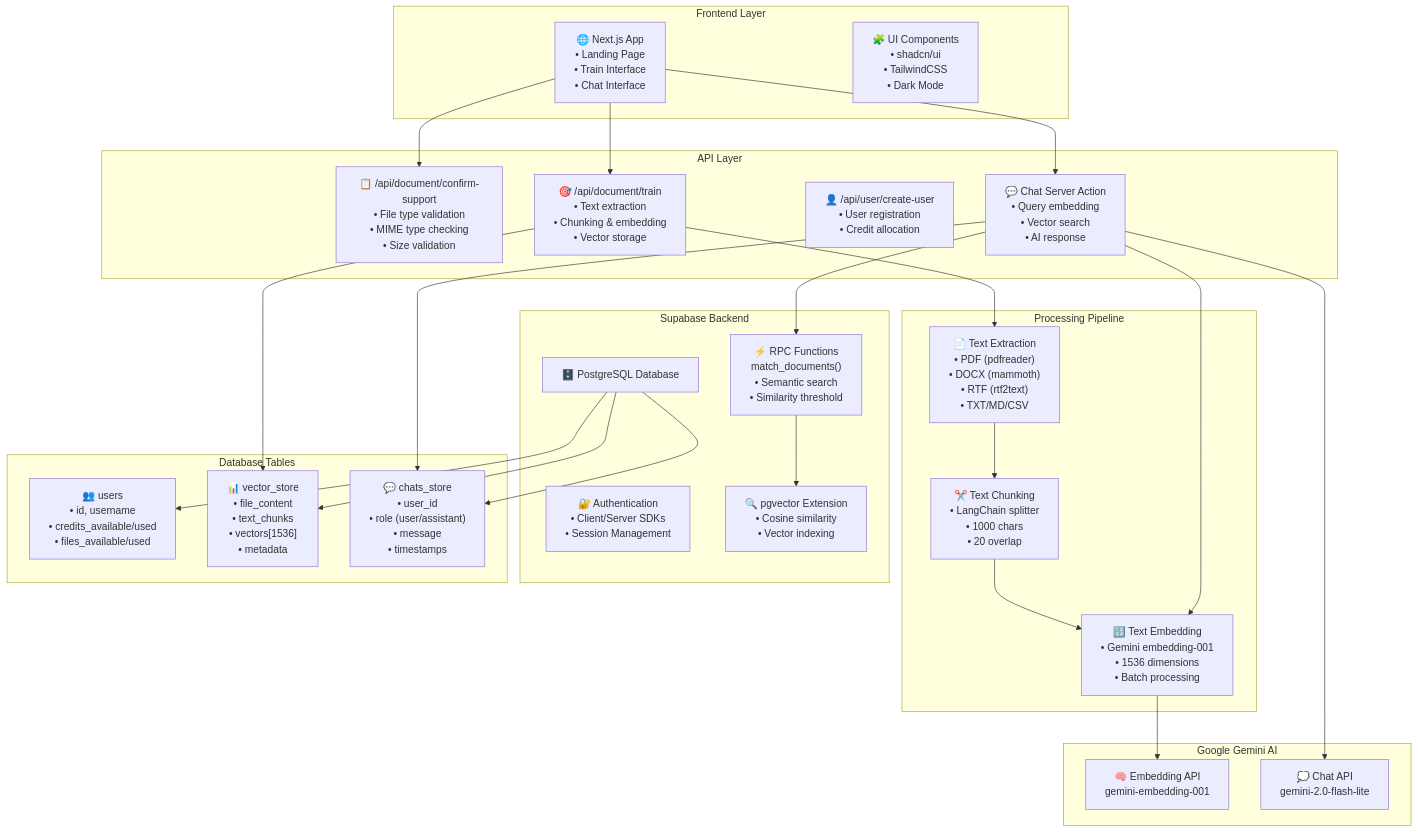
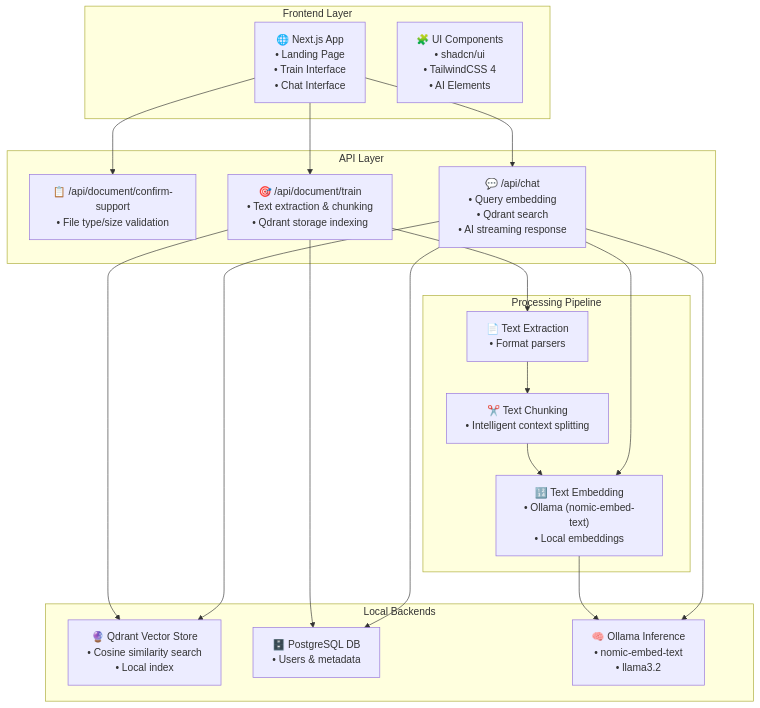
The diagram in README.md (hemants1703/docochat-ai), drawn with Mermaid before and after one commit. The commit also changed other lines of this file and 2 other files, not shown here.

First line of the commit message:
Replace Supabase/Gemini with Ollama/Qdrant

````diff
--- a/README.md
+++ b/README.md
@@ -67,58 +65,42 @@
 ```mermaid
 graph TB
     subgraph "Frontend Layer"
         UI["🌐 Next.js App<br/>• Landing Page<br/>• Train Interface<br/>• Chat Interface"]
-        Components["🧩 UI Components<br/>• shadcn/ui<br/>• TailwindCSS<br/>• Dark Mode"]
+        Components["🧩 UI Components<br/>• shadcn/ui<br/>• TailwindCSS 4<br/>• AI Elements"]
     end
 
     subgraph "API Layer"
-        ConfirmAPI["📋 /api/document/confirm-support<br/>• File type validation<br/>• MIME type checking<br/>• Size validation"]
-        TrainAPI["🎯 /api/document/train<br/>• Text extraction<br/>• Chunking & embedding<br/>• Vector storage"]
-        UserAPI["👤 /api/user/create-user<br/>• User registration<br/>• Credit allocation"]
-        ChatAction["💬 Chat Server Action<br/>• Query embedding<br/>• Vector search<br/>• AI response"]
+        ConfirmAPI["📋 /api/document/confirm-support<br/>• File type/size validation"]
+        TrainAPI["🎯 /api/document/train<br/>• Text extraction & chunking<br/>• Qdrant storage indexing"]
+        ChatAPI["💬 /api/chat<br/>• Query embedding<br/>• Qdrant search<br/>• AI streaming response"]
     end
 
     subgraph "Processing Pipeline"
-        Extract["📄 Text Extraction<br/>• PDF (pdfreader)<br/>• DOCX (mammoth)<br/>• RTF (rtf2text)<br/>• TXT/MD/CSV"]
-        Chunk["✂️ Text Chunking<br/>• LangChain splitter<br/>• 1000 chars<br/>• 20 overlap"]
-        Embed["🔢 Text Embedding<br/>• Gemini embedding-001<br/>• 1536 dimensions<br/>• Batch processing"]
+        Extract["📄 Text Extraction<br/>• Format parsers"]
+        Chunk["✂️ Text Chunking<br/>• Intelligent context splitting"]
+        Embed["🔢 Text Embedding<br/>• Ollama (nomic-embed-text)<br/>• Local embeddings"]
     end
 
-    subgraph "Google Gemini AI"
-        EmbedAPI["🧠 Embedding API<br/>gemini-embedding-001"]
-        ChatAPI["💭 Chat API<br/>gemini-2.0-flash-lite"]
-    end
-
-    subgraph "Supabase Backend"
-        Auth["🔐 Authentication<br/>• Client/Server SDKs<br/>• Session Management"]
-        DB["🗄️ PostgreSQL Database"]
-        Vector["🔍 pgvector Extension<br/>• Cosine similarity<br/>• Vector indexing"]
-        RPC["⚡ RPC Functions<br/>match_documents()<br/>• Semantic search<br/>• Similarity threshold"]
-    end
-
-    subgraph "Database Tables"
-        Users["👥 users<br/>• id, username<br/>• credits_available/used<br/>• files_available/used"]
-        VectorStore["📊 vector_store<br/>• file_content<br/>• text_chunks<br/>• vectors[1536]<br/>• metadata"]
-        Chats["💬 chats_store<br/>• user_id<br/>• role (user/assistant)<br/>• message<br/>• timestamps"]
+    subgraph "Local Backends"
+        Qdrant["🔮 Qdrant Vector Store<br/>• Cosine similarity search<br/>• Local index"]
+        PG["🗄️ PostgreSQL DB<br/>• Users & metadata"]
+        Ollama["🧠 Ollama Inference<br/>• nomic-embed-text<br/>• llama3.2"]
     end
 
     UI --> ConfirmAPI
     UI --> TrainAPI
-    UI --> ChatAction
+    UI --> ChatAPI
     
     TrainAPI --> Extract
     Extract --> Chunk
     Chunk --> Embed
-    Embed --> EmbedAPI
-    TrainAPI --> VectorStore
+    Embed --> Ollama
+    TrainAPI --> Qdrant
     
-    ChatAction --> Embed
-    ChatAction --> RPC
-    RPC --> Vector
-    ChatAction --> ChatAPI
-    ChatAction --> Chats
+    ChatAPI --> Embed
+    ChatAPI --> Qdrant
+    ChatAPI --> Ollama
     
-    DB --> Users
-    DB --> VectorStore
-    DB --> Chats
+    TrainAPI --> PG
+    ChatAPI --> PG
 ```
````
